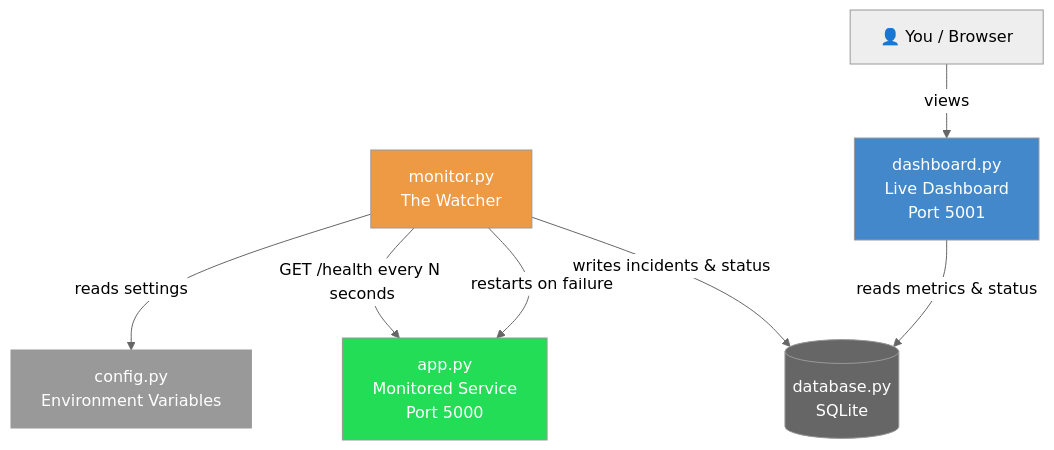
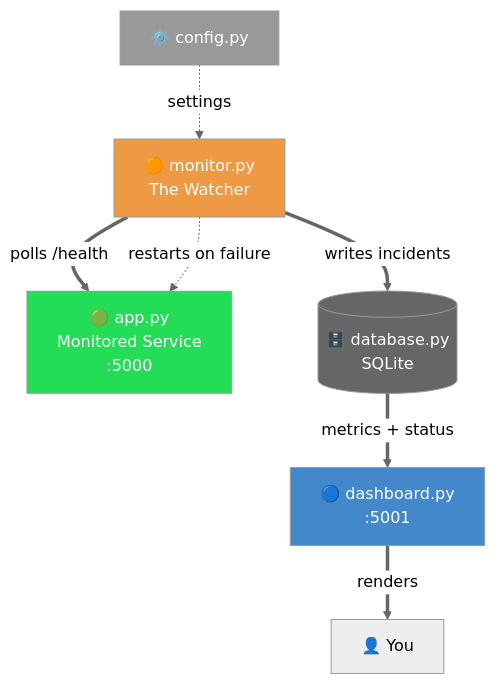
One commit to OusmaneSanokho/cloudrescue changed the diagram in README.md. Above: the diagram before and after it, drawn with Mermaid (neutral theme).

Commit message:
Improve architecture diagram flow and readability

````diff
--- a/README.md
+++ b/README.md
@@ -23,22 +23,22 @@
 ```mermaid
 graph TD
-    User[👤 You / Browser]
-    Config[config.py<br/>Environment Variables]
-    App[app.py<br/>Monitored Service<br/>Port 5000]
-    Monitor[monitor.py<br/>The Watcher]
-    DB[(database.py<br/>SQLite)]
-    Dashboard[dashboard.py<br/>Live Dashboard<br/>Port 5001]
+    Config[⚙️ config.py]
+    App[🟢 app.py<br/>Monitored Service<br/>:5000]
+    Monitor[🟠 monitor.py<br/>The Watcher]
+    DB[(🗄️ database.py<br/>SQLite)]
+    Dashboard[🔵 dashboard.py<br/>:5001]
+    User[👤 You]
 
-    Monitor -->|reads settings| Config
-    Monitor -->|GET /health every N seconds| App
-    Monitor -->|restarts on failure| App
-    Monitor -->|writes incidents & status| DB
-    Dashboard -->|reads metrics & status| DB
-    User -->|views| Dashboard
+    Config -.->|settings| Monitor
+    Monitor ==>|polls /health| App
+    Monitor -.->|restarts on failure| App
+    Monitor ==>|writes incidents| DB
+    DB ==>|metrics + status| Dashboard
+    Dashboard ==>|renders| User
 
     style App fill:#2d5,color:#fff
     style Monitor fill:#e94,color:#fff
     style Dashboard fill:#48c,color:#fff
     style DB fill:#666,color:#fff
     style Config fill:#999,color:#fff
 ```
````
